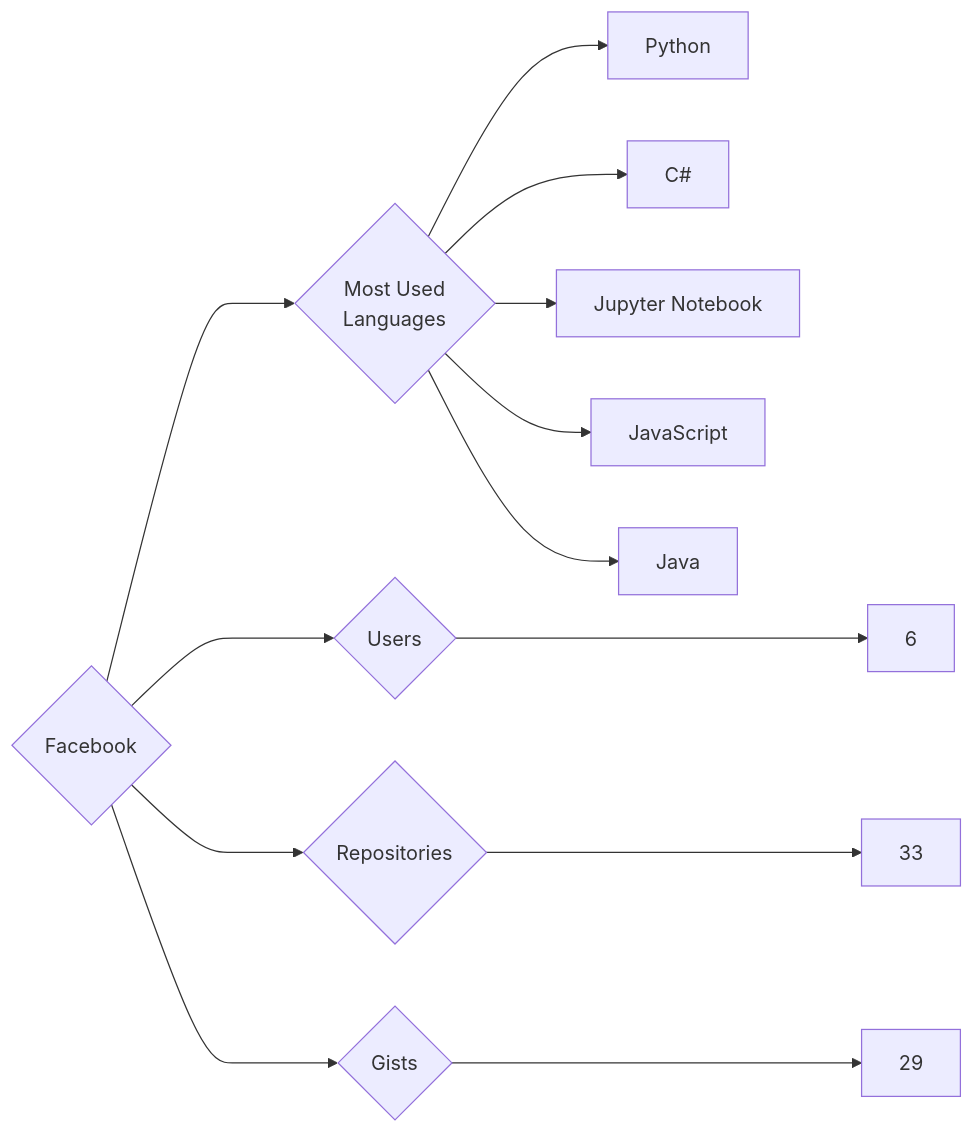
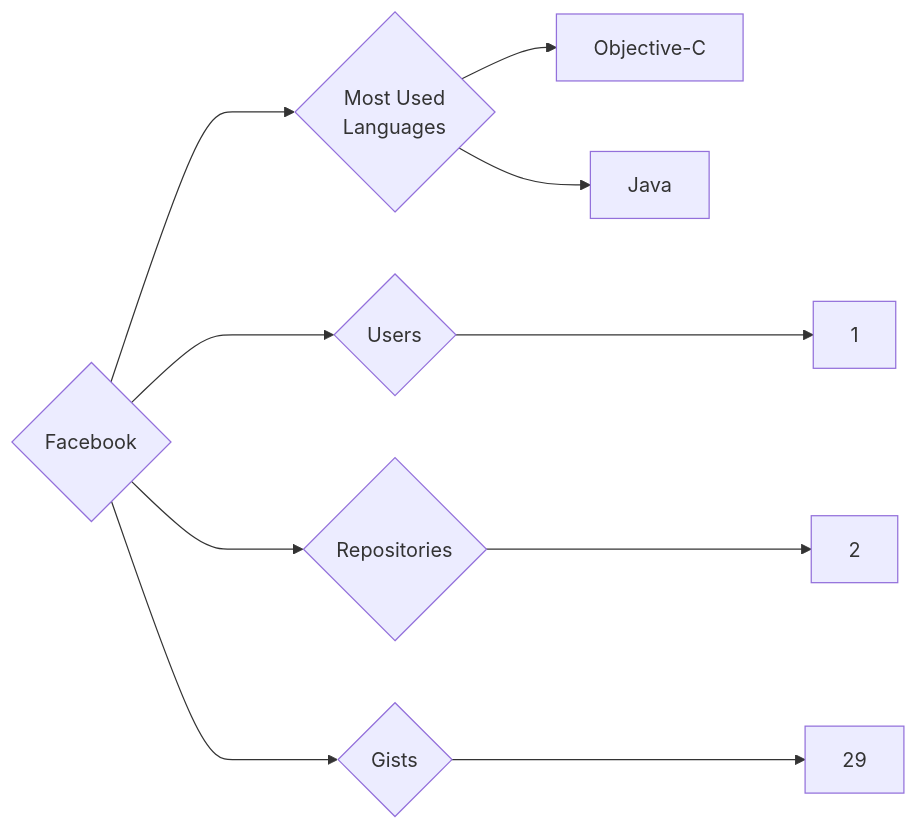
One commit to trickest/insiders changed the diagram in targets/Facebook/README.md. Above: the diagram before and after it, drawn with Mermaid. The commit also changed 1120 other files, not shown here.

````diff
--- a/targets/Facebook/README.md
+++ b/targets/Facebook/README.md
@@ -3,13 +3,10 @@
 ```mermaid
 graph LR
 COMPANY_NAME{Facebook}
-COMPANY_NAME ---> U{Users} ---> UN[6]
-COMPANY_NAME ---> R{Repositories} ---> RN[33]
+COMPANY_NAME ---> U{Users} ---> UN[1]
+COMPANY_NAME ---> R{Repositories} ---> RN[2]
 COMPANY_NAME ---> G{Gists} ---> GN[29]
 COMPANY_NAME ---> ML{Most Used<br>Languages}
-ML --> Python[Python]
-ML --> C#[C#]
-ML --> Jupyter_Notebook[Jupyter Notebook]
-ML --> JavaScript[JavaScript]
+ML --> Objective-C[Objective-C]
 ML --> Java[Java]
 ```
````
